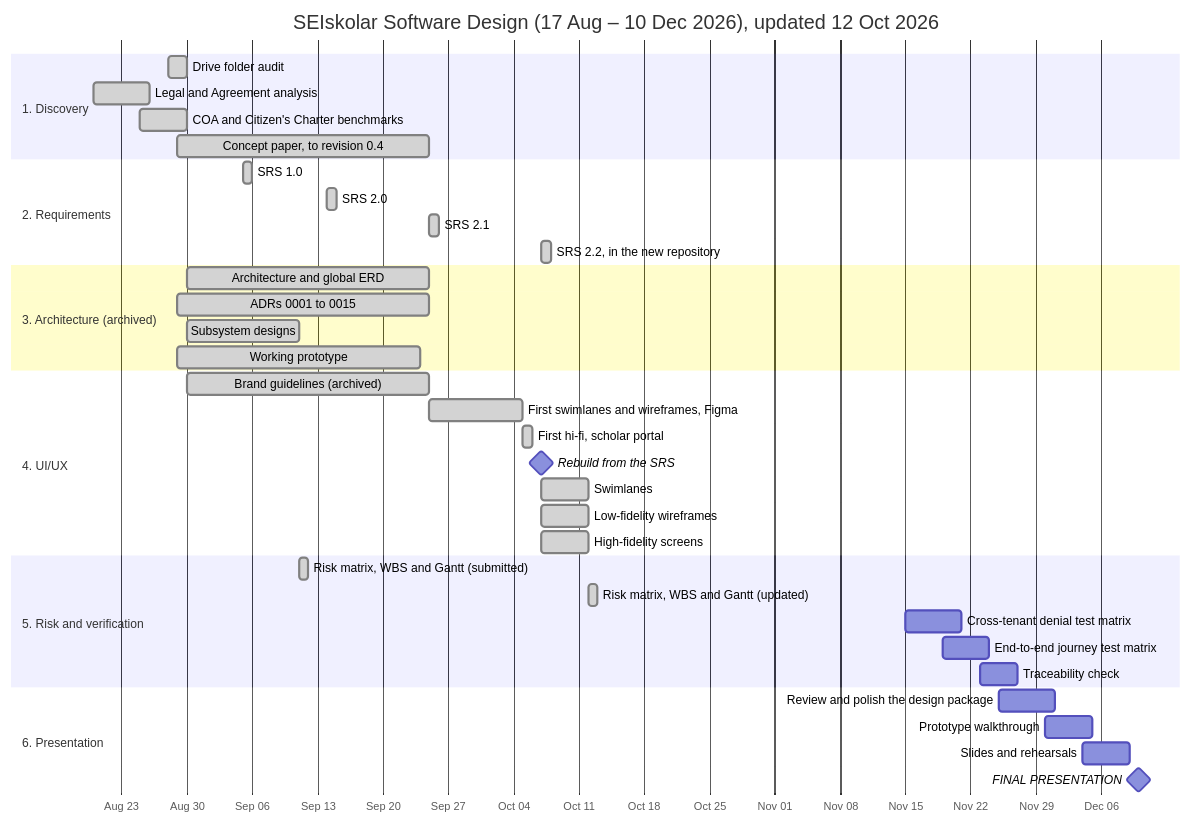
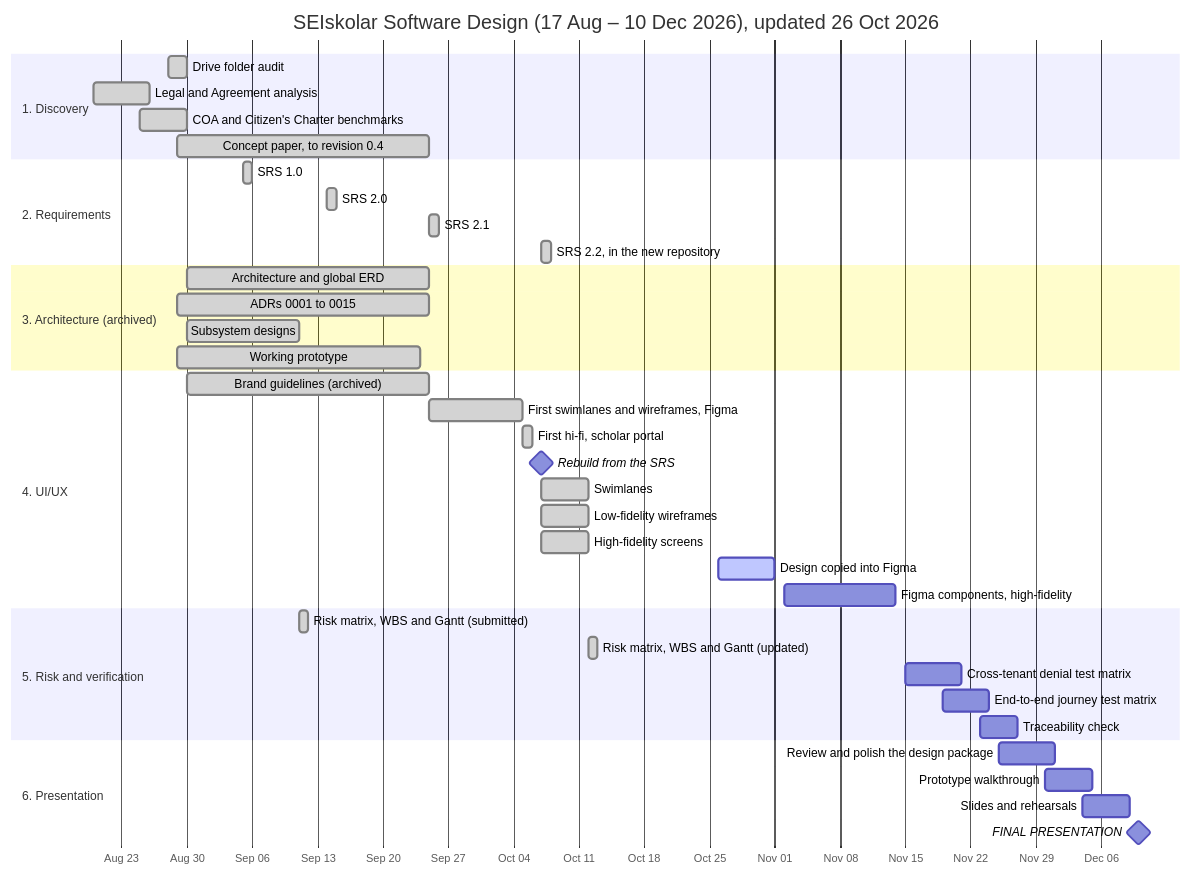
One commit to dreeyanzz/seiskolar changed the diagram in 05-risk-matrix-and-gantt/RISK-MATRIX-AND-GANTT.md. Above: the diagram before and after it, drawn with Mermaid. The commit also changed other lines of this file and 19 other files, not shown here.

First line of the commit message:
feat(repo): copy the design into figma as editable layers (#10)

````diff
--- a/05-risk-matrix-and-gantt/RISK-MATRIX-AND-GANTT.md
+++ b/05-risk-matrix-and-gantt/RISK-MATRIX-AND-GANTT.md
@@ -362,46 +381,48 @@
 ```mermaid
 gantt
-    title SEIskolar Software Design (17 Aug – 10 Dec 2026), updated 12 Oct 2026
+    title SEIskolar Software Design (17 Aug – 10 Dec 2026), updated 26 Oct 2026
     dateFormat  YYYY-MM-DD
     axisFormat  %b %d
 
     section 1. Discovery
     Drive folder audit                          :done, t1_1, 2026-08-28, 2026-08-30
     Legal and Agreement analysis                :done, t1_2, 2026-08-20, 2026-08-26
     COA and Citizen's Charter benchmarks        :done, t1_3, 2026-08-25, 2026-08-30
     Concept paper, to revision 0.4              :done, t1_4, 2026-08-29, 2026-09-25
 
     section 2. Requirements
     SRS 1.0                                     :done, t2_1, 2026-09-05, 1d
     SRS 2.0                                     :done, t2_2, 2026-09-14, 1d
     SRS 2.1                                     :done, t2_3, 2026-09-25, 1d
     SRS 2.2, in the new repository              :done, t2_4, 2026-10-07, 1d
 
     section 3. Architecture (archived)
     Architecture and global ERD                 :done, t3_1, 2026-08-30, 2026-09-25
     ADRs 0001 to 0015                           :done, t3_2, 2026-08-29, 2026-09-25
     Subsystem designs                           :done, t3_3, 2026-08-30, 2026-09-11
     Working prototype                           :done, t3_5, 2026-08-29, 2026-09-24
 
     section 4. UI/UX
     Brand guidelines (archived)                 :done, t4_1, 2026-08-30, 2026-09-25
     First swimlanes and wireframes, Figma       :done, t4_2, 2026-09-25, 2026-10-05
     First hi-fi, scholar portal                 :done, t4_3, 2026-10-05, 1d
     Rebuild from the SRS                        :milestone, m0, 2026-10-07, 0d
     Swimlanes                                   :done, t4_5, 2026-10-07, 2026-10-12
     Low-fidelity wireframes                     :done, t4_6, 2026-10-07, 2026-10-12
     High-fidelity screens                       :done, t4_7, 2026-10-07, 2026-10-12
+    Design copied into Figma                    :active, t4_9, 2026-10-26, 2026-11-01
+    Figma components, high-fidelity             :t4_10, 2026-11-02, 2026-11-14
 
     section 5. Risk and verification
     Risk matrix, WBS and Gantt (submitted)      :done, t5_1a, 2026-09-11, 1d
     Risk matrix, WBS and Gantt (updated)        :done, t5_1b, 2026-10-12, 1d
     Cross-tenant denial test matrix             :t5_2, 2026-11-15, 2026-11-21
     End-to-end journey test matrix              :t5_3, 2026-11-19, 2026-11-24
     Traceability check                          :t5_4, 2026-11-23, 2026-11-27
 
     section 6. Presentation
     Review and polish the design package        :t6_1, 2026-11-25, 2026-12-01
     Prototype walkthrough                       :t6_2, 2026-11-30, 2026-12-05
     Slides and rehearsals                       :t6_3, 2026-12-04, 2026-12-09
     FINAL PRESENTATION                          :milestone, m1, 2026-12-10, 0d
 ```
````
